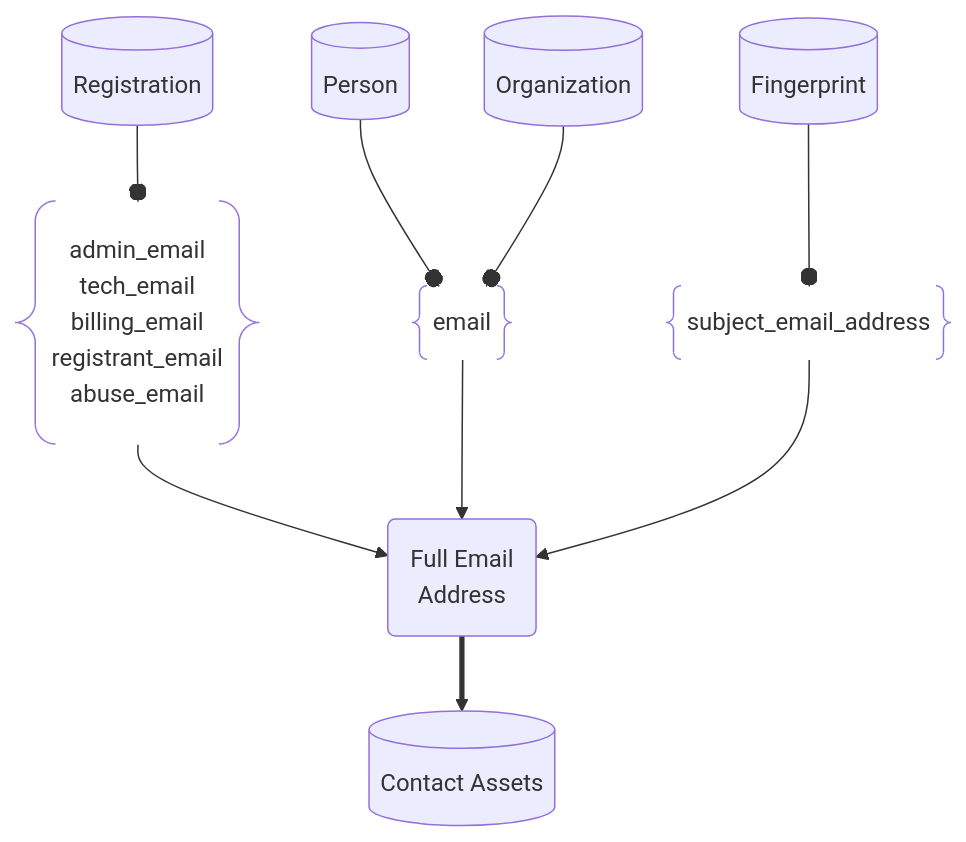
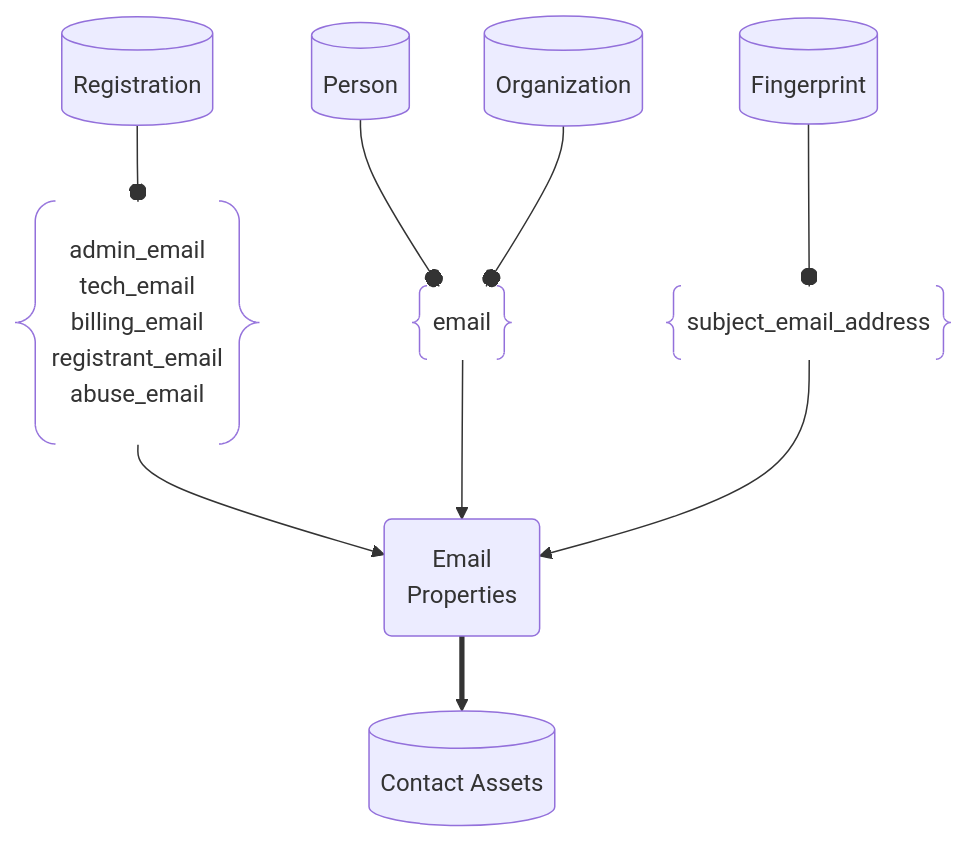
The diagram in docs/open-asset-model/contact.md (owasp-amass/docs), drawn with Mermaid before and after one commit.

````diff
--- a/docs/open-asset-model/contact.md
+++ b/docs/open-asset-model/contact.md
@@ -19,32 +19,32 @@
 ``` mermaid
 graph TD
 Contact[("Contact Assets")]
-Email("Full Email
-Address")
+Email("Email
+Properties")
 
 Email ==> Contact
 
 Person[("Person")]
 Organization[("Organization")]
 TLSCertificate[("Fingerprint")]
 Registration[("Registration")]
 
 registrationEmail@{ shape: braces, label: "admin_email
 tech_email
 billing_email
 registrant_email
 abuse_email"}
 
 personEmail@{ shape: braces, label: "email"}
 tlsEmail@{ shape: braces, label: "subject_email_address"}
 
 registrationEmail --> Email
 Registration --o registrationEmail
 
 personEmail --> Email
 Person --o personEmail
 Organization --o personEmail 
 
 tlsEmail --> Email
 TLSCertificate --o tlsEmail
 ```
````
